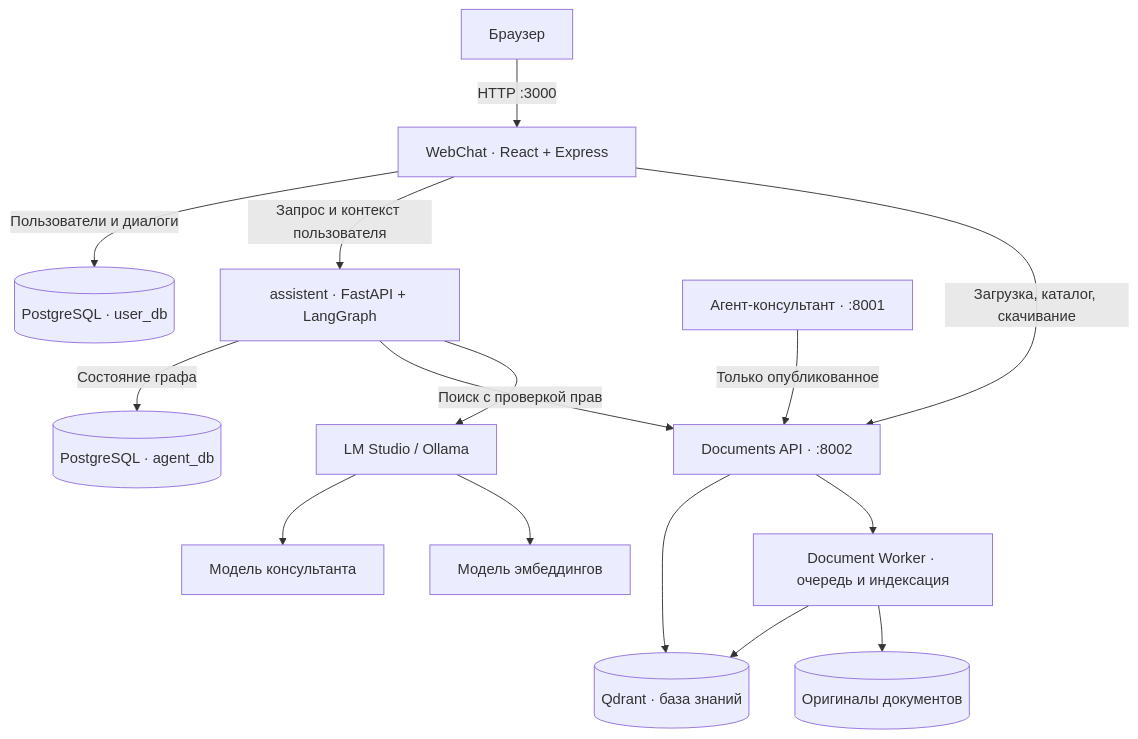
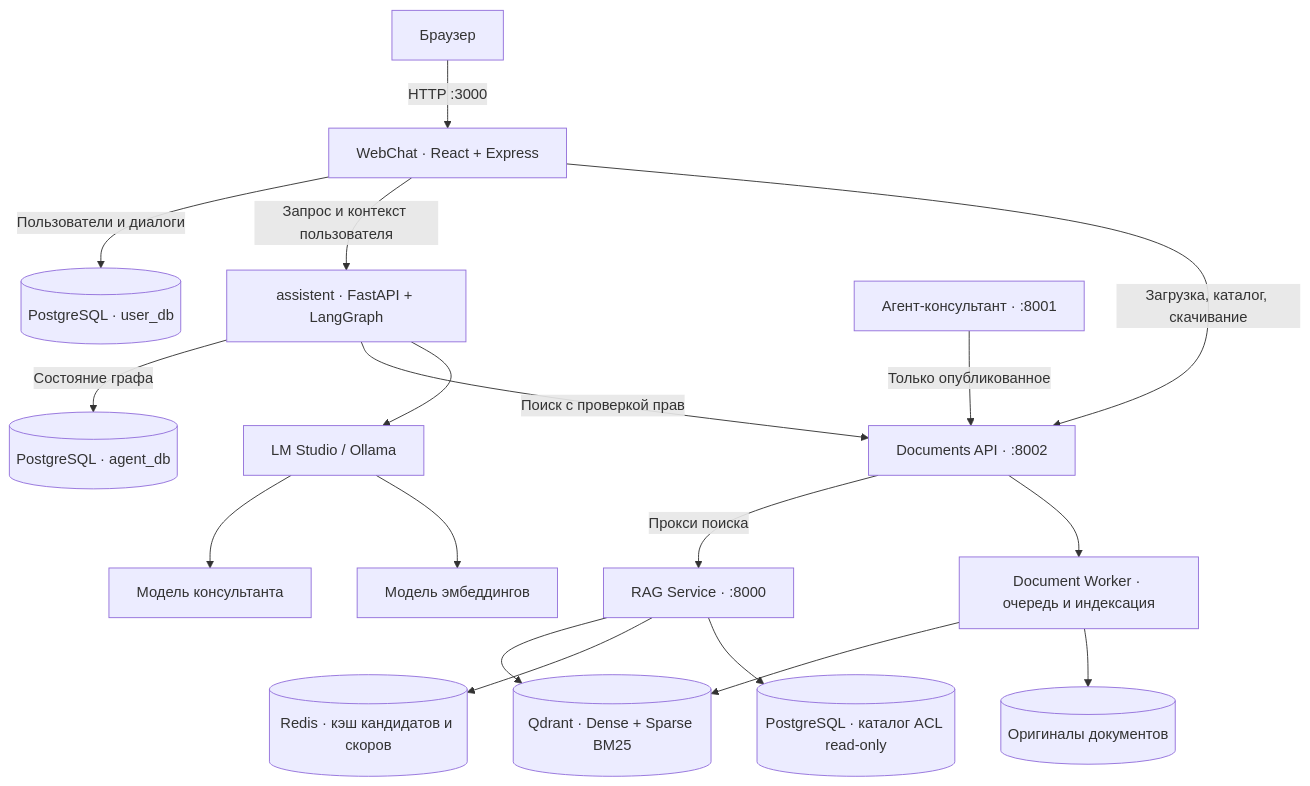
One commit to kanl222/VIIO changed the diagram in README.md. Above: the diagram before and after it, drawn with Mermaid. The commit also changed other lines of this file and 4 other files, not shown here.

Commit message:
docs: update architecture, rag pipeline, redis and diagnostics documentation

````diff
--- a/README.md
+++ b/README.md
@@ -40,17 +40,20 @@
 ```mermaid
 flowchart TD
     Browser[Браузер] -->|HTTP :3000| WebChat[WebChat · React + Express]
     WebChat -->|Пользователи и диалоги| UserDB[(PostgreSQL · user_db)]
     WebChat -->|Запрос и контекст пользователя| API[assistent · FastAPI + LangGraph]
     API -->|Состояние графа| AgentDB[(PostgreSQL · agent_db)]
     API -->|Поиск с проверкой прав| Documents[Documents API · :8002]
+    Documents -->|Прокси поиска| RAG[RAG Service · :8000]
     Consultant[Агент-консультант · :8001] -->|Только опубликованное| Documents
     WebChat -->|Загрузка, каталог, скачивание| Documents
-    Documents --> Qdrant[(Qdrant · база знаний)]
+    RAG --> Qdrant[(Qdrant · Dense + Sparse BM25)]
+    RAG --> Redis[(Redis · кэш кандидатов и скоров)]
+    RAG --> PostgresRead[(PostgreSQL · каталог ACL read-only)]
     Documents --> Worker[Document Worker · очередь и индексация]
     Worker --> Qdrant
     Worker --> Files[(Оригиналы документов)]
     API --> Models[LM Studio / Ollama]
     Models --> Chat[Модель консультанта]
     Models --> Embeddings[Модель эмбеддингов]
 ```
````
